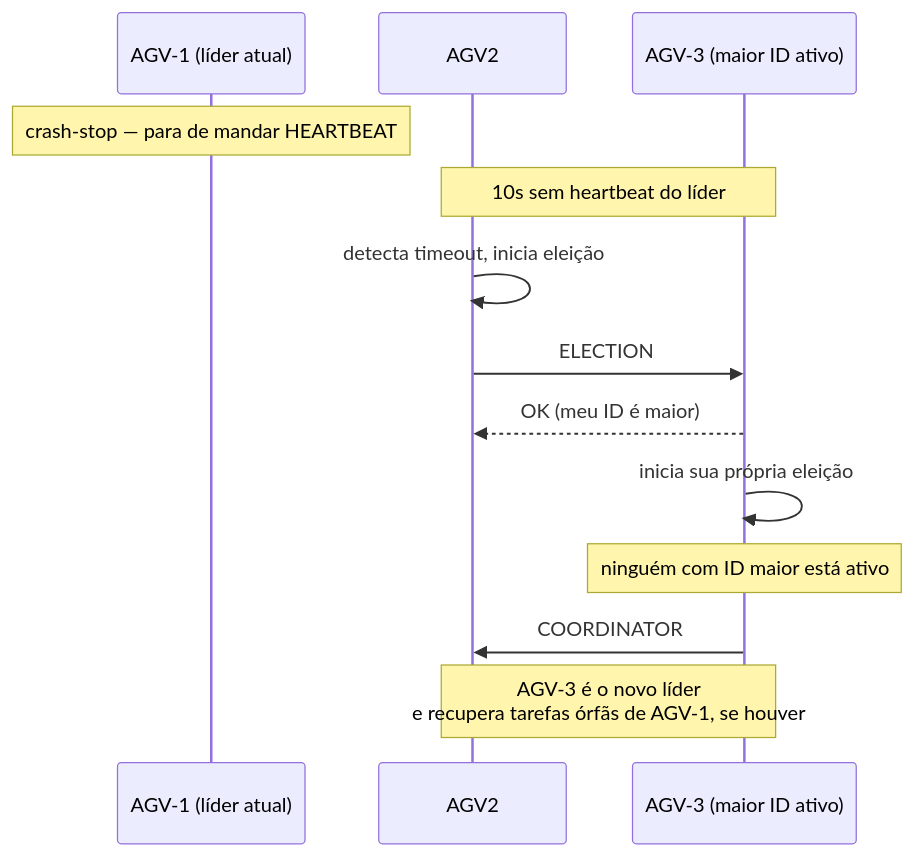
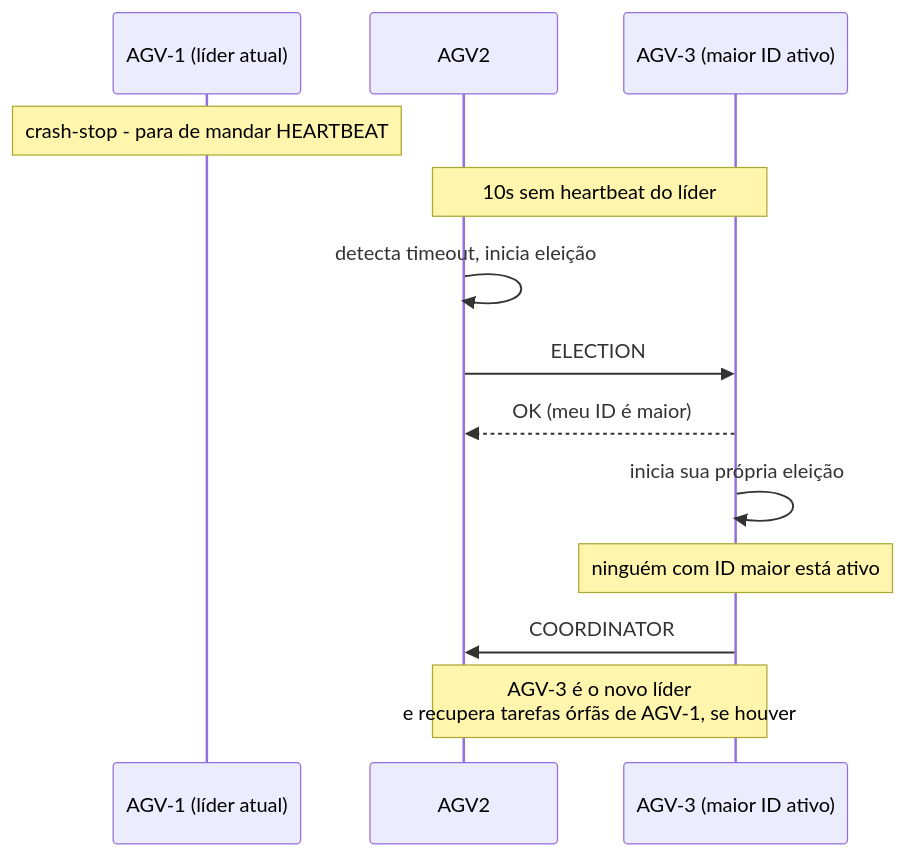
One commit to kaualimadesouza/EP_DSID changed the third of 4 diagrams in ARQUITETURA_E_DECISOES.md. Above: the diagram before and after it, drawn with Mermaid. The commit also changed other lines of this file and 24 other files, not shown here.

````diff
--- a/ARQUITETURA_E_DECISOES.md
+++ b/ARQUITETURA_E_DECISOES.md
@@ -153,17 +92,17 @@
 ```mermaid
 sequenceDiagram
     participant AGV1 as AGV-1 (líder atual)
     participant AGV2
     participant AGV3 as AGV-3 (maior ID ativo)
 
-    Note over AGV1: crash-stop — para de mandar HEARTBEAT
+    Note over AGV1: crash-stop - para de mandar HEARTBEAT
     Note over AGV2,AGV3: 10s sem heartbeat do líder
 
     AGV2->>AGV2: detecta timeout, inicia eleição
     AGV2->>AGV3: ELECTION
     AGV3-->>AGV2: OK (meu ID é maior)
     AGV3->>AGV3: inicia sua própria eleição
     Note over AGV3: ninguém com ID maior está ativo
     AGV3->>AGV2: COORDINATOR
     Note over AGV2,AGV3: AGV-3 é o novo líder<br/>e recupera tarefas órfãs de AGV-1, se houver
 ```
````
